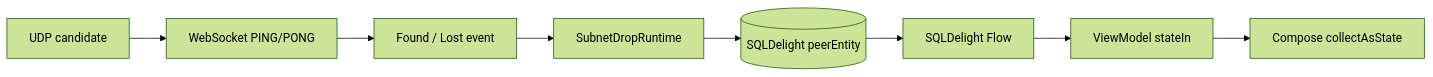
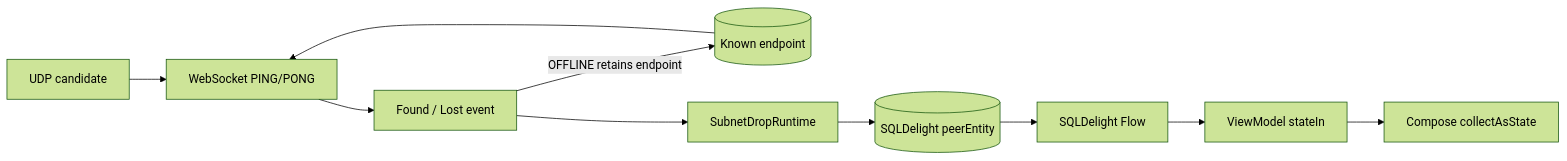
The second of 2 diagrams in docs/technical-principles/lan-discovery.md (x2ink/subnetdrop), drawn with Mermaid (forest theme) before and after one commit. The commit also changed other lines of this file and 19 other files, not shown here.

````diff
--- a/docs/technical-principles/lan-discovery.md
+++ b/docs/technical-principles/lan-discovery.md
@@ -72,10 +81,12 @@
 ```mermaid
 flowchart LR
     UDP[UDP candidate] --> Probe[WebSocket PING/PONG]
+    DBEndpoint[(Known endpoint)] --> Probe
     Probe --> Event[Found / Lost event]
+    Event -->|OFFLINE retains endpoint| DBEndpoint
     Event --> Runtime[SubnetDropRuntime]
     Runtime --> DB[(SQLDelight peerEntity)]
     DB --> Flow[SQLDelight Flow]
     Flow --> StateFlow[ViewModel stateIn]
     StateFlow --> UI[Compose collectAsState]
 ```
````
